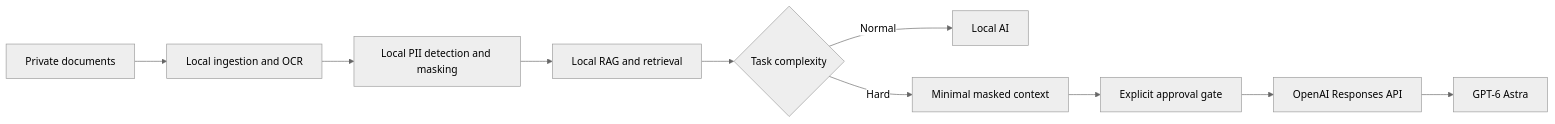
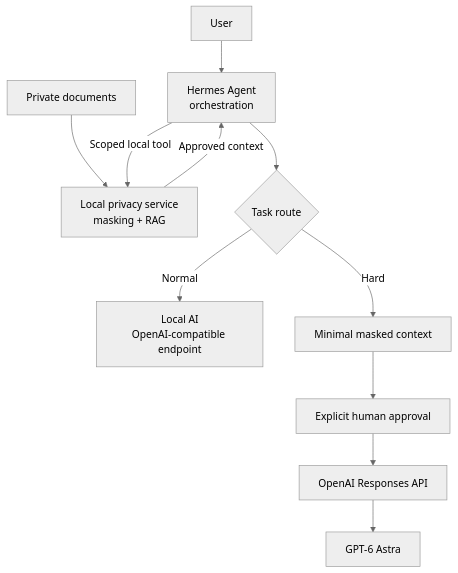
One commit to Boom-Vitt/local-ai-gpt6-privacy-guide changed the diagram in README.md. Above: the diagram before and after it, drawn with Mermaid (neutral theme). The commit also changed other lines of this file and 5 other files, not shown here.

Commit message:
docs: add Hermes agent-era architecture

````diff
--- a/README.md
+++ b/README.md
@@ -18,12 +28,13 @@
 ```mermaid
-flowchart LR
-    A[Private documents] --> B[Local ingestion and OCR]
-    B --> C[Local PII detection and masking]
-    C --> D[Local RAG and retrieval]
-    D --> E{Task complexity}
-    E -->|Normal| F[Local AI]
-    E -->|Hard| G[Minimal masked context]
-    G --> H[Explicit approval gate]
-    H --> I[OpenAI Responses API]
-    I --> J[GPT-6 Astra]
+flowchart TB
+    U[User] --> H[Hermes Agent<br/>orchestration]
+    A[Private documents] --> P[Local privacy service<br/>masking + RAG]
+    H -->|Scoped local tool| P
+    P -->|Approved context| H
+    H --> R{Task route}
+    R -->|Normal| L[Local AI<br/>OpenAI-compatible endpoint]
+    R -->|Hard| M[Minimal masked context]
+    M --> G[Explicit human approval]
+    G --> O[OpenAI Responses API]
+    O --> C[GPT-6 Astra]
 ```
````
